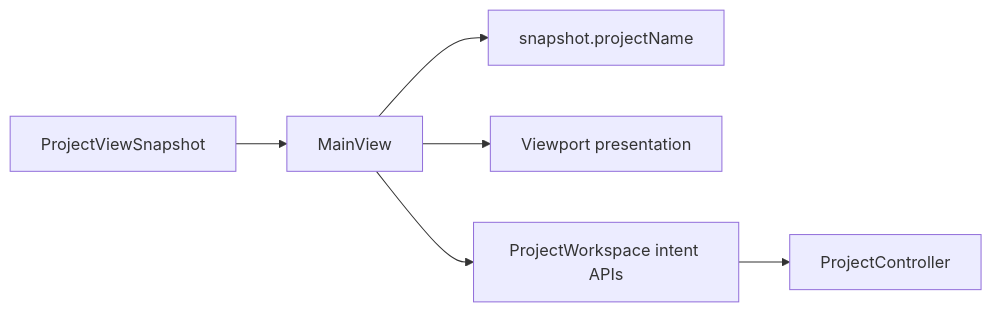
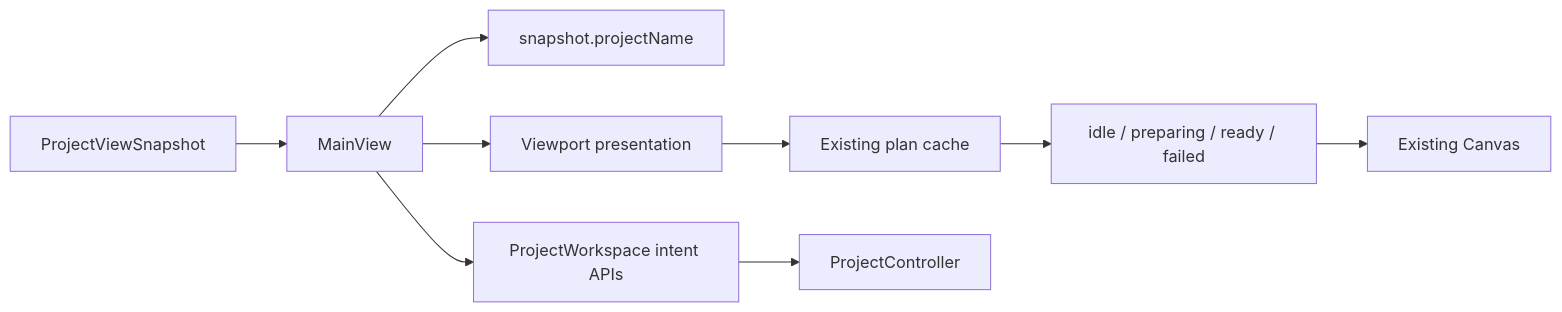
Before and after one commit to 1amageek/Rupa: the diagram in RupaKit/Sources/RupaUI/DESIGN.md, drawn with Mermaid. The commit also changed other lines of this file and 13 other files, not shown here.

````diff
--- a/RupaKit/Sources/RupaUI/DESIGN.md
+++ b/RupaKit/Sources/RupaUI/DESIGN.md
@@ -26,8 +28,11 @@
 ```mermaid
 flowchart LR
     Snapshot["ProjectViewSnapshot"] --> Main["MainView"]
     Main --> Title["snapshot.projectName"]
     Main --> Viewport["Viewport presentation"]
+    Viewport --> Cache["Existing plan cache"]
+    Cache --> State["idle / preparing / ready / failed"]
+    State --> Canvas["Existing Canvas"]
     Main --> Workspace["ProjectWorkspace intent APIs"]
     Workspace --> Controller["ProjectController"]
 ```
````
